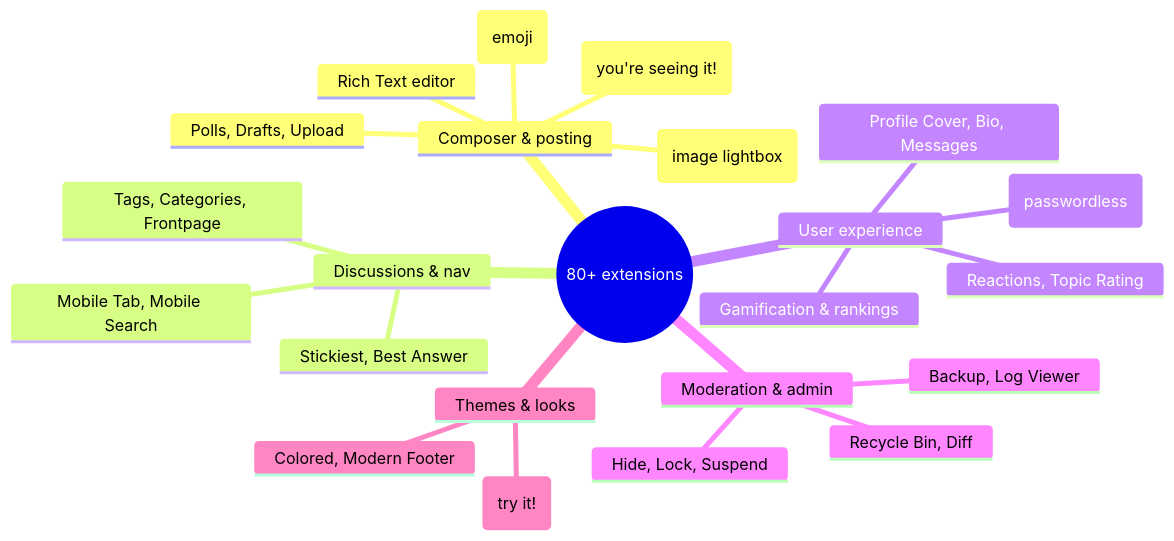
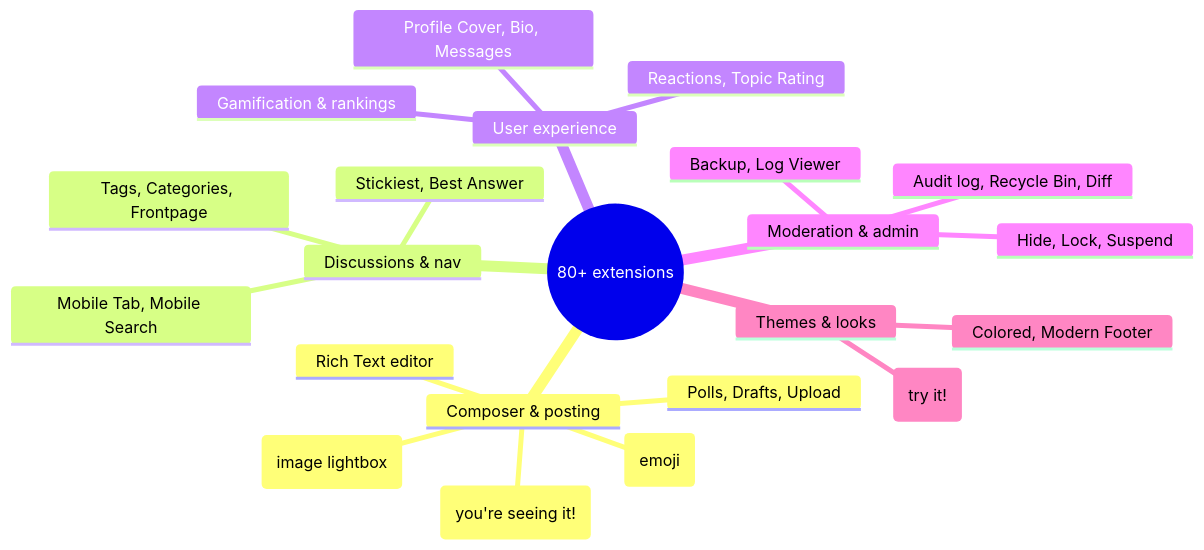
The diagram in src/box/data/discussions/02-extensions-guide.md (PrimateCoder/flarum-in-a-box), drawn with Mermaid before and after one commit. The commit also changed other lines of this file and 5 other files, not shown here.

First line of the commit message:
Add Audit extension; disable Passkey by default

````diff
--- a/src/box/data/discussions/02-extensions-guide.md
+++ b/src/box/data/discussions/02-extensions-guide.md
@@ -7,26 +7,25 @@
 ```mermaid
 mindmap
   root((80+ extensions))
     Composer & posting
       Flamoji (emoji)
       Rich Text editor
       Polls, Drafts, Upload
       Mermaid (you're seeing it!)
       PhotoSwipe (image lightbox)
     Discussions & nav
       Tags, Categories, Frontpage
       Stickiest, Best Answer
       Mobile Tab, Mobile Search
     User experience
       Gamification & rankings
       Profile Cover, Bio, Messages
-      Passkey (passwordless)
       Reactions, Topic Rating
     Moderation & admin
       Hide, Lock, Suspend
-      Recycle Bin, Diff
+      Audit log, Recycle Bin, Diff
       Backup, Log Viewer
     Themes & looks
       Avocado (try it!)
       Colored, Modern Footer
 ```
````
